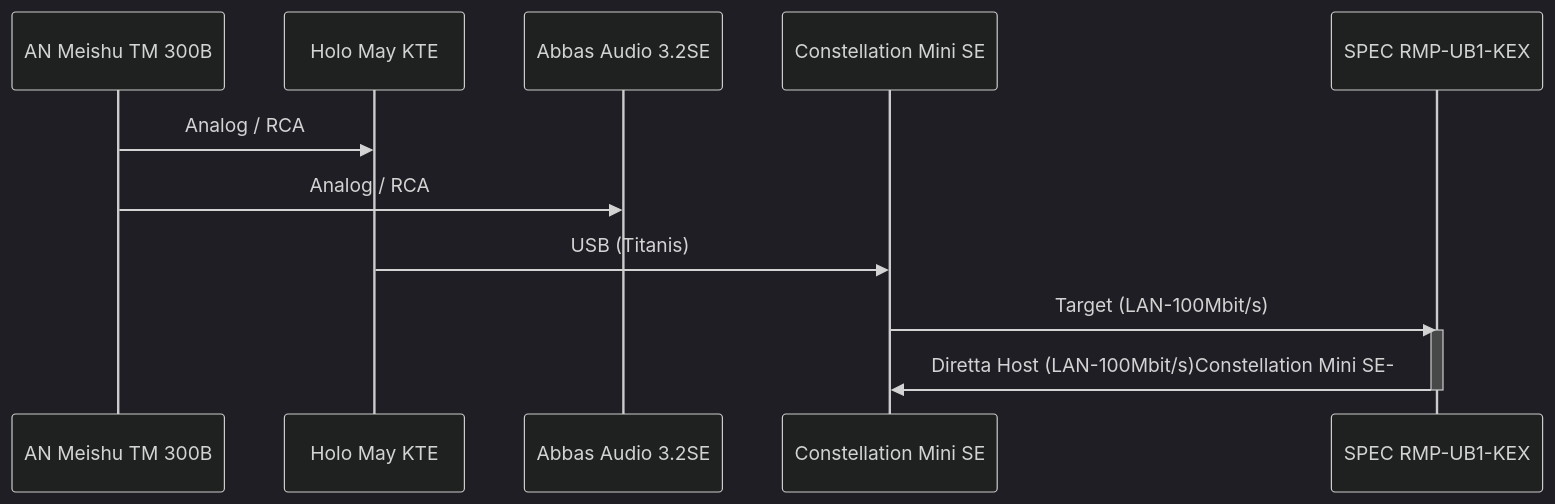
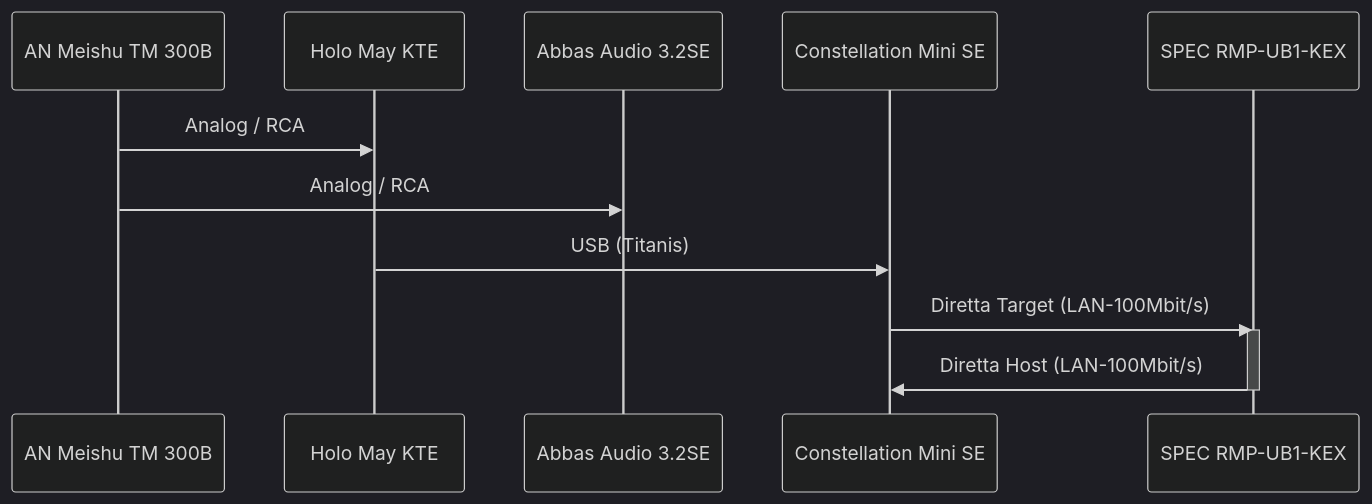
Before and after one commit to geraldfehringer/diretta: the diagram in gerihifi-setup.md, drawn with Mermaid (dark theme).

````diff
--- a/gerihifi-setup.md
+++ b/gerihifi-setup.md
@@ -3,10 +3,10 @@
 ```mermaid
 sequenceDiagram
     AN Meishu TM 300B->>Holo May KTE: Analog / RCA
     AN Meishu TM 300B->>Abbas Audio 3.2SE: Analog / RCA
     Holo May KTE->>Constellation Mini SE: USB (Titanis)
-    Constellation Mini SE->>SPEC RMP-UB1-KEX: Target (LAN-100Mbit/s)
+    Constellation Mini SE->>SPEC RMP-UB1-KEX: Diretta Target (LAN-100Mbit/s)
     activate SPEC RMP-UB1-KEX
-    SPEC RMP-UB1-KEX->>Constellation Mini SE: Diretta Host (LAN-100Mbit/s)Constellation Mini SE-
+    SPEC RMP-UB1-KEX->>Constellation Mini SE: Diretta Host (LAN-100Mbit/s)
     deactivate SPEC RMP-UB1-KEX
 ```
````
